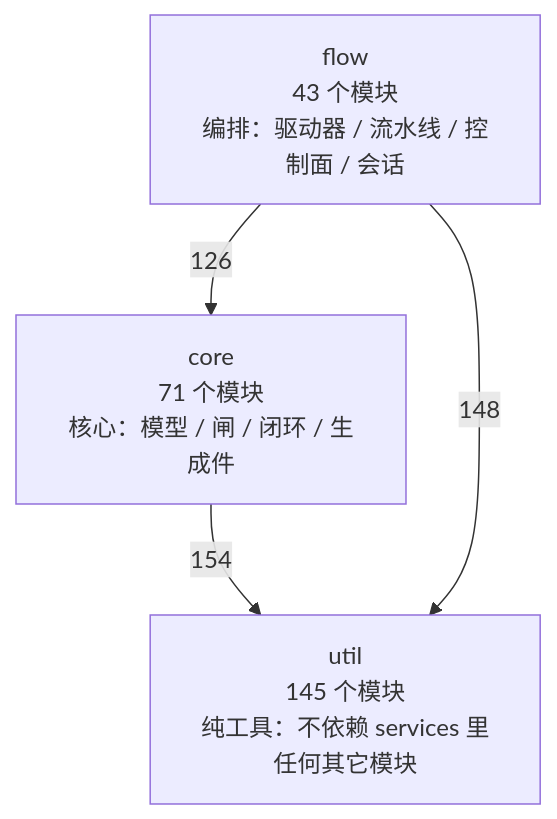
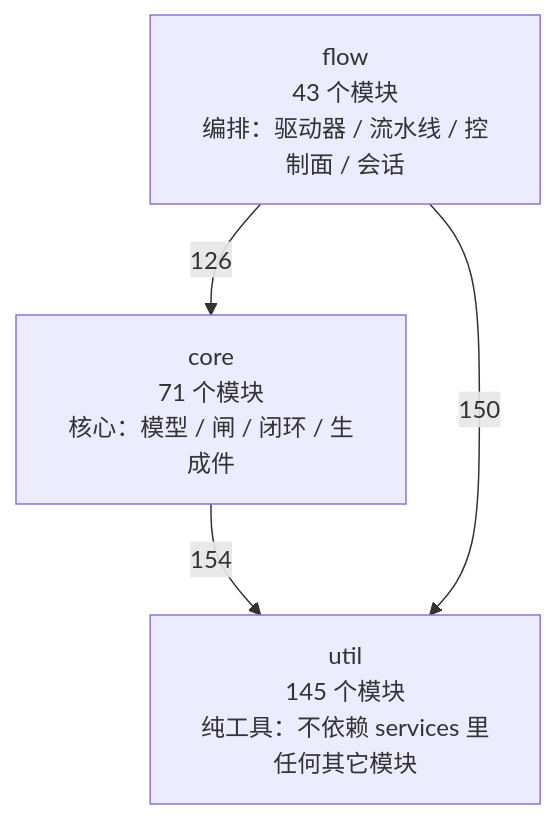
Before and after one commit to 2686521696/WhyBuddy: the first of 4 diagrams in docs/SlideRule V6.2 架构图（自动生成）.md, drawn with Mermaid. The commit also changed other lines of this file and 6 other files, not shown here.

Commit message:
fix(verify): keep acceptance helper architecture leaf

````diff
--- a/docs/SlideRule V6.2 架构图（自动生成）.md
+++ b/docs/SlideRule V6.2 架构图（自动生成）.md
@@ -50,9 +50,9 @@
 ```mermaid
 flowchart TB
   util["util<br/>145 个模块<br/>纯工具：不依赖 services 里任何其它模块"]
   core["core<br/>71 个模块<br/>核心：模型 / 闸 / 闭环 / 生成件"]
   flow["flow<br/>43 个模块<br/>编排：驱动器 / 流水线 / 控制面 / 会话"]
   core -->|154| util
   flow -->|126| core
-  flow -->|148| util
+  flow -->|150| util
 ```
````
